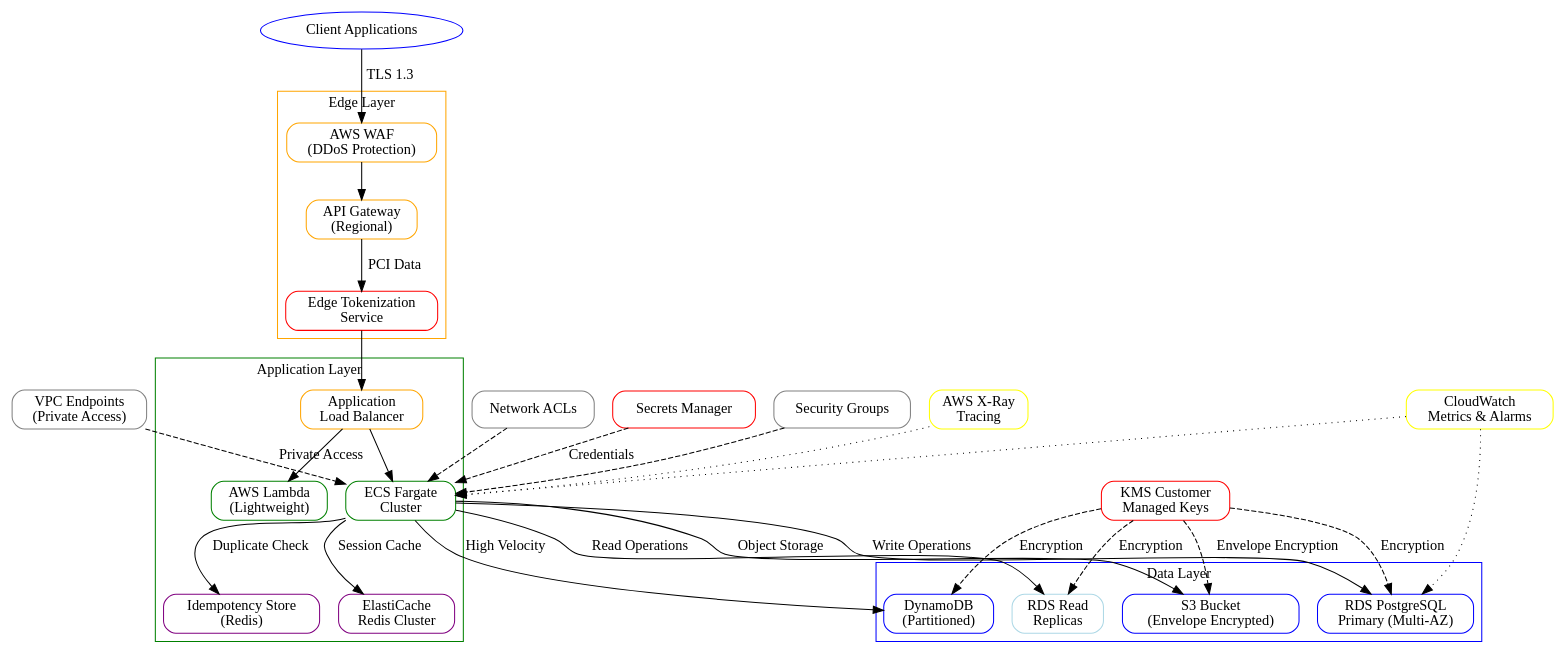
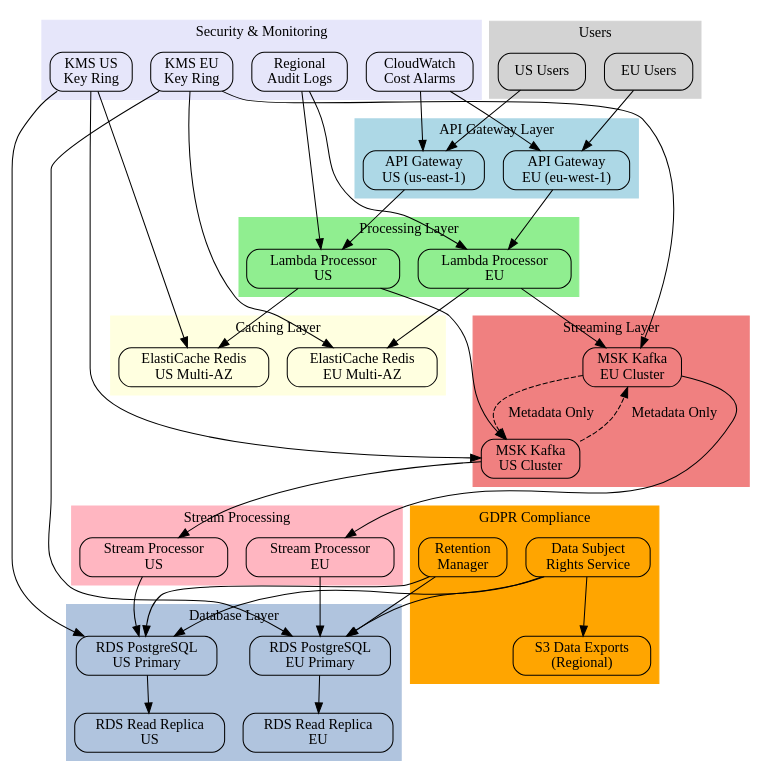
Before and after one commit to vishalvermauts/StructZero-Enterprise-Engineering-Intelligence-Platform: the diagram in blueprint.md, drawn with Graphviz. The commit also changed other lines of this file and 2 other files, not shown here.

````diff
--- a/blueprint.md
+++ b/blueprint.md
@@ -114,94 +126,143 @@
 ```graphviz
-digraph Architecture {
+digraph UserTrackingArchitecture {
     rankdir=TB;
     node [shape=box, style=rounded];
     
-    // Client Layer
-    client [label="Client Applications", shape=ellipse, color=blue];
+    // User layer
+    subgraph cluster_users {
+        label="Users";
+        style=filled;
+        color=lightgrey;
+        EU_Users [label="EU Users"];
+        US_Users [label="US Users"];
+    }
     
-    // Edge Layer
-    waf [label="AWS WAF\n(DDoS Protection)", color=orange];
-    apigw [label="API Gateway\n(Regional)", color=orange];
-    tokenizer [label="Edge Tokenization\nService", color=red];
+    // API Gateway layer
+    subgraph cluster_api {
+        label="API Gateway Layer";
+        style=filled;
+        color=lightblue;
+        API_EU [label="API Gateway\nEU (eu-west-1)"];
+        API_US [label="API Gateway\nUS (us-east-1)"];
+    }
     
-    // Load Balancing
-    alb [label="Application\nLoad Balancer", color=orange];
+    // Processing layer
+    subgraph cluster_processing {
+        label="Processing Layer";
+        style=filled;
+        color=lightgreen;
+        Lambda_EU [label="Lambda Processor\nEU"];
+        Lambda_US [label="Lambda Processor\nUS"];
+    }
     
-    // Application Layer
-    ecs [label="ECS Fargate\nCluster", color=green];
-    lambda [label="AWS Lambda\n(Lightweight)", color=green];
-    redis [label="ElastiCache\nRedis Cluster", color=purple];
-    idempotency [label="Idempotency Store\n(Redis)", color=purple];
+    // Caching layer
+    subgraph cluster_cache {
+        label="Caching Layer";
+        style=filled;
+        color=lightyellow;
+        Redis_EU [label="ElastiCache Redis\nEU Multi-AZ"];
+        Redis_US [label="ElastiCache Redis\nUS Multi-AZ"];
+    }
     
-    // Data Layer
-    rds_primary [label="RDS PostgreSQL\nPrimary (Multi-AZ)", color=blue];
-    rds_replica [label="RDS Read\nReplicas", color=lightblue];
-    dynamodb [label="DynamoDB\n(Partitioned)", color=blue];
-    s3 [label="S3 Bucket\n(Envelope Encrypted)", color=blue];
+    // Streaming layer
+    subgraph cluster_streaming {
+        label="Streaming Layer";
+        style=filled;
+        color=lightcoral;
+        MSK_EU [label="MSK Kafka\nEU Cluster"];
+        MSK_US [label="MSK Kafka\nUS Cluster"];
+    }
     
-    // Security & Management
-    kms [label="KMS Customer\nManaged Keys", color=red];
-    secrets [label="Secrets Manager", color=red];
-    vpc_endpoints [label="VPC Endpoints\n(Private Access)", color=gray];
+    // Stream processing
+    subgraph cluster_stream_proc {
+        label="Stream Processing";
+        style=filled;
+        color=lightpink;
+        StreamProc_EU [label="Stream Processor\nEU"];
+        StreamProc_US [label="Stream Processor\nUS"];
+    }
+    
+    // Database layer
+    subgraph cluster_db {
+        label="Database Layer";
+        style=filled;
+        color=lightsteelblue;
+        RDS_EU [label="RDS PostgreSQL\nEU Primary"];
+        RDS_US [label="RDS PostgreSQL\nUS Primary"];
+        RDS_EU_Replica [label="RDS Read Replica\nEU"];
+        RDS_US_Replica [label="RDS Read Replica\nUS"];
+    }
+    
+    // GDPR services
+    subgraph cluster_gdpr {
+        label="GDPR Compliance";
+        style=filled;
+        color=orange;
+        GDPR_Service [label="Data Subject\nRights Service"];
+        Retention_Mgr [label="Retention\nManager"];
+        S3_Exports [label="S3 Data Exports\n(Regional)"];
+    }
+    
+    // Security & Monitoring
+    subgraph cluster_security {
+        label="Security & Monitoring";
+        style=filled;
+        color=lavender;
+        KMS_EU [label="KMS EU\nKey Ring"];
+        KMS_US [label="KMS US\nKey Ring"];
+        CloudWatch [label="CloudWatch\nCost Alarms"];
+        Audit_Logs [label="Regional\nAudit Logs"];
+    }
+    
+    // User connections
+    EU_Users -> API_EU;
+    US_Users -> API_US;
+    
+    // API to processing
+    API_EU -> Lambda_EU;
+    API_US -> Lambda_US;
+    
+    // Processing to cache and streaming
+    Lambda_EU -> Redis_EU;
+    Lambda_US -> Redis_US;
+    Lambda_EU -> MSK_EU;
+    Lambda_US -> MSK_US;
+    
+    // Streaming to stream processing
+    MSK_EU -> StreamProc_EU;
+    MSK_US -> StreamProc_US;
+    
+    // Stream processing to database
+    StreamProc_EU -> RDS_EU;
+    StreamProc_US -> RDS_US;
+    
+    // Database replicas
+    RDS_EU -> RDS_EU_Replica;
+    RDS_US -> RDS_US_Replica;
+    
+    // GDPR services connections
+    GDPR_Service -> RDS_EU;
+    GDPR_Service -> RDS_US;
+    GDPR_Service -> S3_Exports;
+    Retention_Mgr -> RDS_EU;
+    Retention_Mgr -> RDS_US;
+    
+    // Security connections
+    KMS_EU -> Redis_EU;
+    KMS_EU -> MSK_EU;
+    KMS_EU -> RDS_EU;
+    KMS_US -> Redis_US;
+    KMS_US -> MSK_US;
+    KMS_US -> RDS_US;
     
     // Monitoring
-    cloudwatch [label="CloudWatch\nMetrics & Alarms", color=yellow];
-    xray [label="AWS X-Ray\nTracing", color=yellow];
+    CloudWatch -> API_EU;
+    CloudWatch -> API_US;
+    Audit_Logs -> Lambda_EU;
+    Audit_Logs -> Lambda_US;
     
-    // Network Security
-    sg [label="Security Groups", color=gray];
-    nacl [label="Network ACLs", color=gray];
-    
-    // Connections
-    client -> waf [label="TLS 1.3"];
-    waf -> apigw;
-    apigw -> tokenizer [label="PCI Data"];
-    tokenizer -> alb;
-    alb -> ecs;
-    alb -> lambda;
-    
-    ecs -> redis [label="Session Cache"];
-    ecs -> idempotency [label="Duplicate Check"];
-    ecs -> rds_primary [label="Write Operations"];
-    ecs -> rds_replica [label="Read Operations"];
-    ecs -> dynamodb [label="High Velocity"];
-    ecs -> s3 [label="Object Storage"];
-    
-    // Security connections
-    kms -> rds_primary [style=dashed, label="Encryption"];
-    kms -> rds_replica [style=dashed, label="Encryption"];
-    kms -> dynamodb [style=dashed, label="Encryption"];
-    kms -> s3 [style=dashed, label="Envelope Encryption"];
-    
-    secrets -> ecs [style=dashed, label="Credentials"];
-    vpc_endpoints -> ecs [style=dashed, label="Private Access"];
-    
-    // Monitoring connections
-    cloudwatch -> ecs [style=dotted];
-    cloudwatch -> rds_primary [style=dotted];
-    xray -> ecs [style=dotted];
-    
-    // Security enforcement
-    sg -> ecs [style=dashed];
-    nacl -> ecs [style=dashed];
-    
-    // Grouping
-    subgraph cluster_edge {
-        label="Edge Layer";
-        color=orange;
-        waf; apigw; tokenizer;
-    }
-    
-    subgraph cluster_app {
-        label="Application Layer";
-        color=green;
-        alb; ecs; lambda; redis; idempotency;
-    }
-    
-    subgraph cluster_data {
-        label="Data Layer";
-        color=blue;
-        rds_primary; rds_replica; dynamodb; s3;
-    }
+    // Metadata-only replication (dashed lines)
+    MSK_US -> MSK_EU [style=dashed, label="Metadata Only"];
+    MSK_EU -> MSK_US [style=dashed, label="Metadata Only"];
 }
 ```
````
